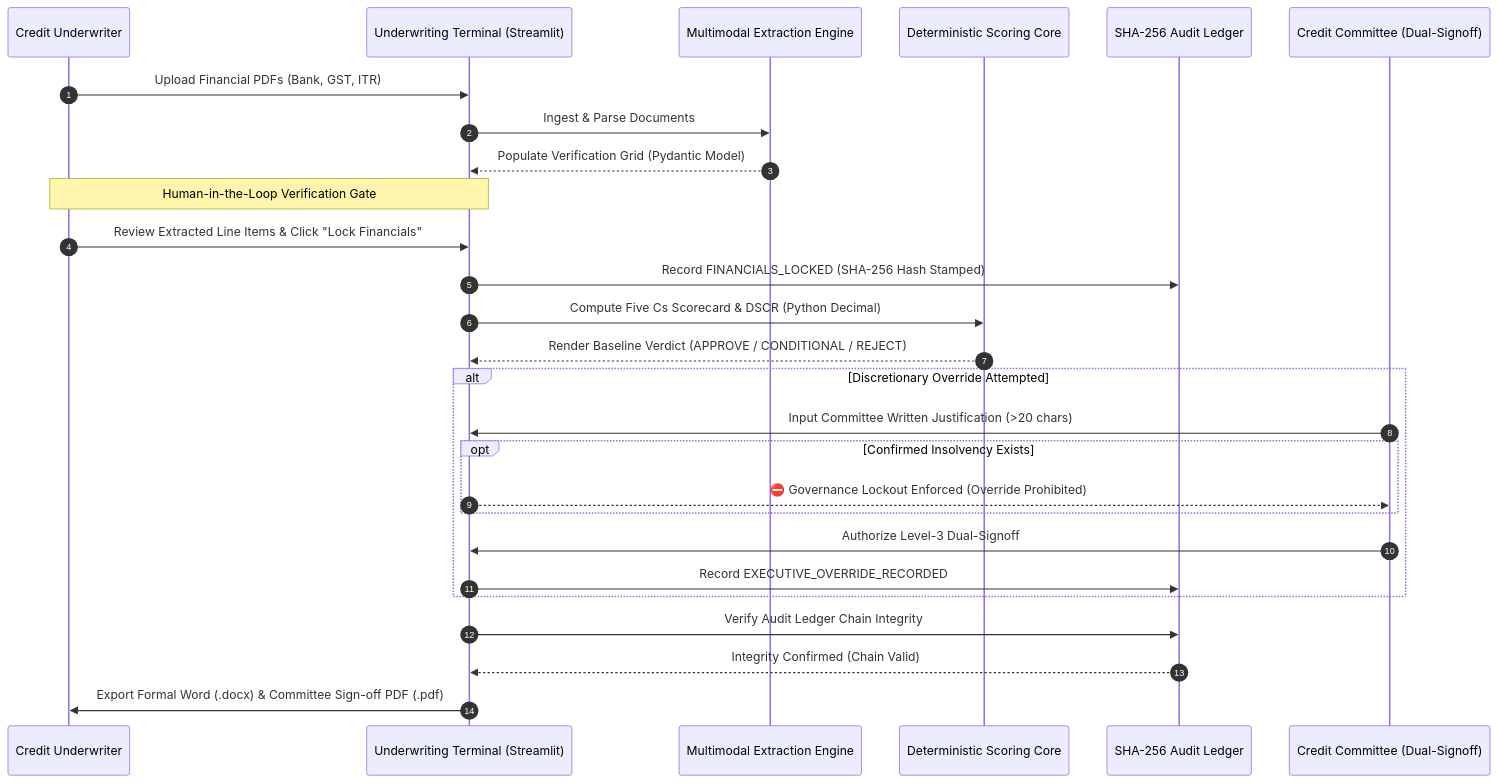
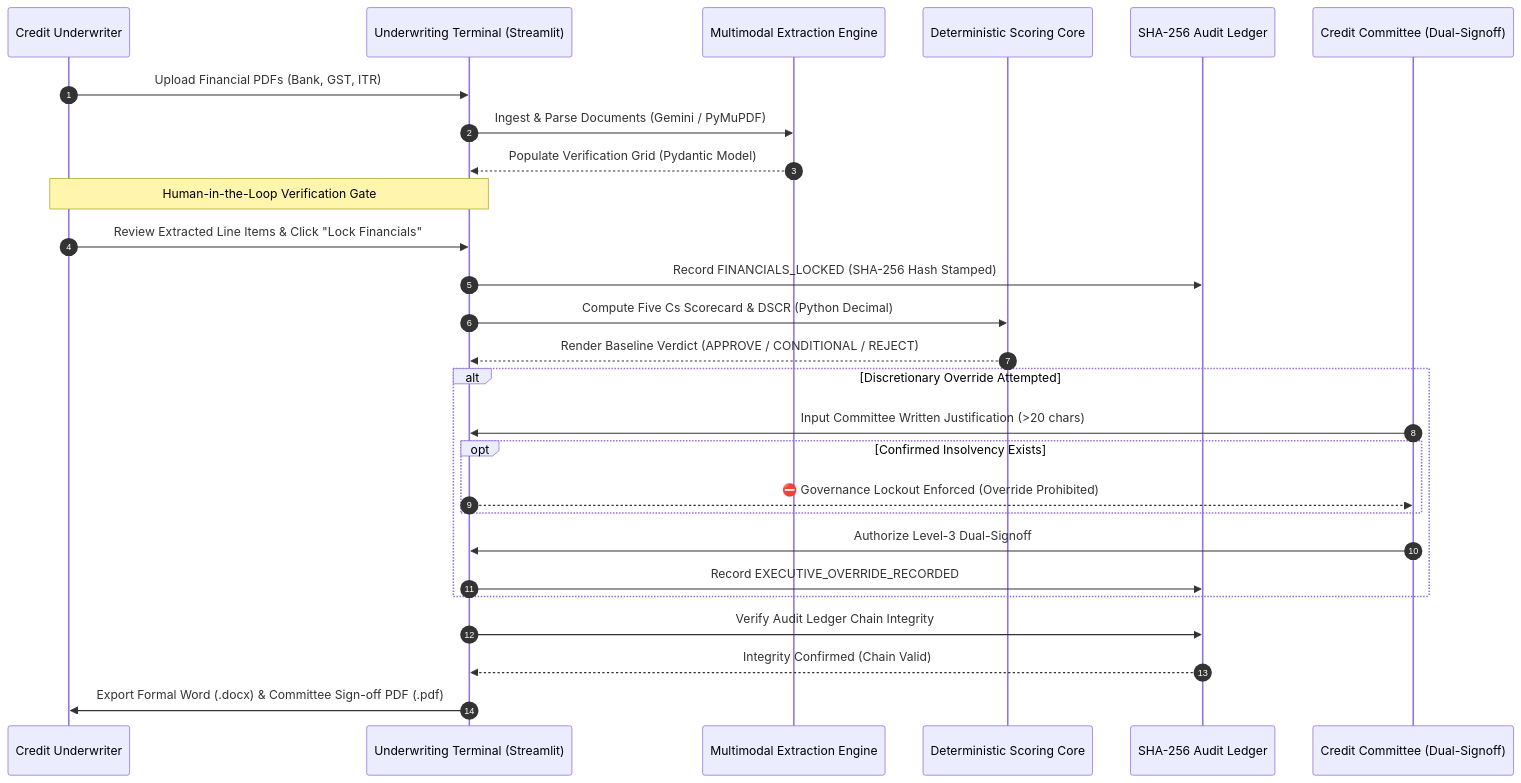
Before and after one commit to SRIVIGHNATEJA/CreditGate: the second of 2 diagrams in README.md, drawn with Mermaid. The commit also changed other lines of this file, not shown here.

````diff
--- a/README.md
+++ b/README.md
@@ -95,32 +102,32 @@
 ```mermaid
 sequenceDiagram
     autonumber
     participant U as Credit Underwriter
     participant UI as Underwriting Terminal (Streamlit)
     participant EX as Multimodal Extraction Engine
     participant SC as Deterministic Scoring Core
     participant AL as SHA-256 Audit Ledger
     participant CC as Credit Committee (Dual-Signoff)
 
     U->>UI: Upload Financial PDFs (Bank, GST, ITR)
-    UI->>EX: Ingest & Parse Documents
+    UI->>EX: Ingest & Parse Documents (Gemini / PyMuPDF)
     EX-->>UI: Populate Verification Grid (Pydantic Model)
     Note over U,UI: Human-in-the-Loop Verification Gate
     U->>UI: Review Extracted Line Items & Click "Lock Financials"
     UI->>AL: Record FINANCIALS_LOCKED (SHA-256 Hash Stamped)
     UI->>SC: Compute Five Cs Scorecard & DSCR (Python Decimal)
     SC-->>UI: Render Baseline Verdict (APPROVE / CONDITIONAL / REJECT)
     
     alt Discretionary Override Attempted
         CC->>UI: Input Committee Written Justification (>20 chars)
         opt Confirmed Insolvency Exists
             UI-->>CC: ⛔ Governance Lockout Enforced (Override Prohibited)
         end
         CC->>UI: Authorize Level-3 Dual-Signoff
         UI->>AL: Record EXECUTIVE_OVERRIDE_RECORDED
     end
 
     UI->>AL: Verify Audit Ledger Chain Integrity
     AL-->>UI: Integrity Confirmed (Chain Valid)
     UI->>U: Export Formal Word (.docx) & Committee Sign-off PDF (.pdf)
 ```
````
